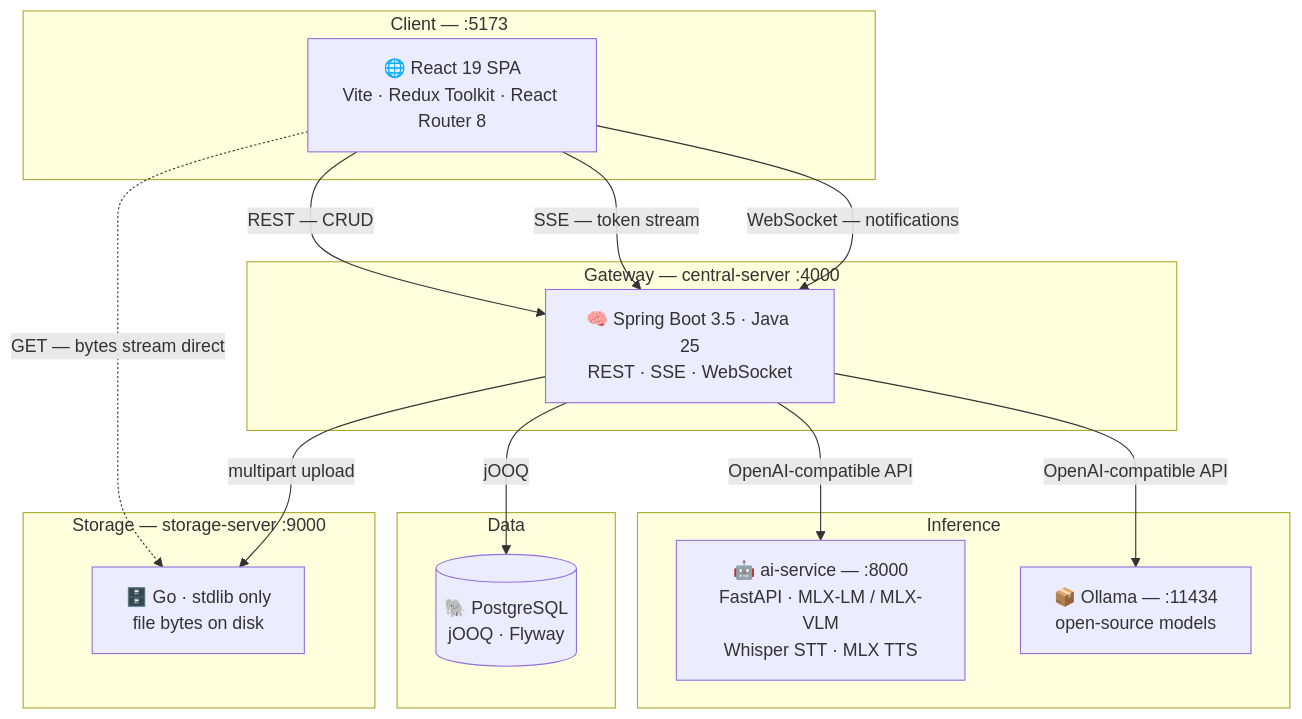
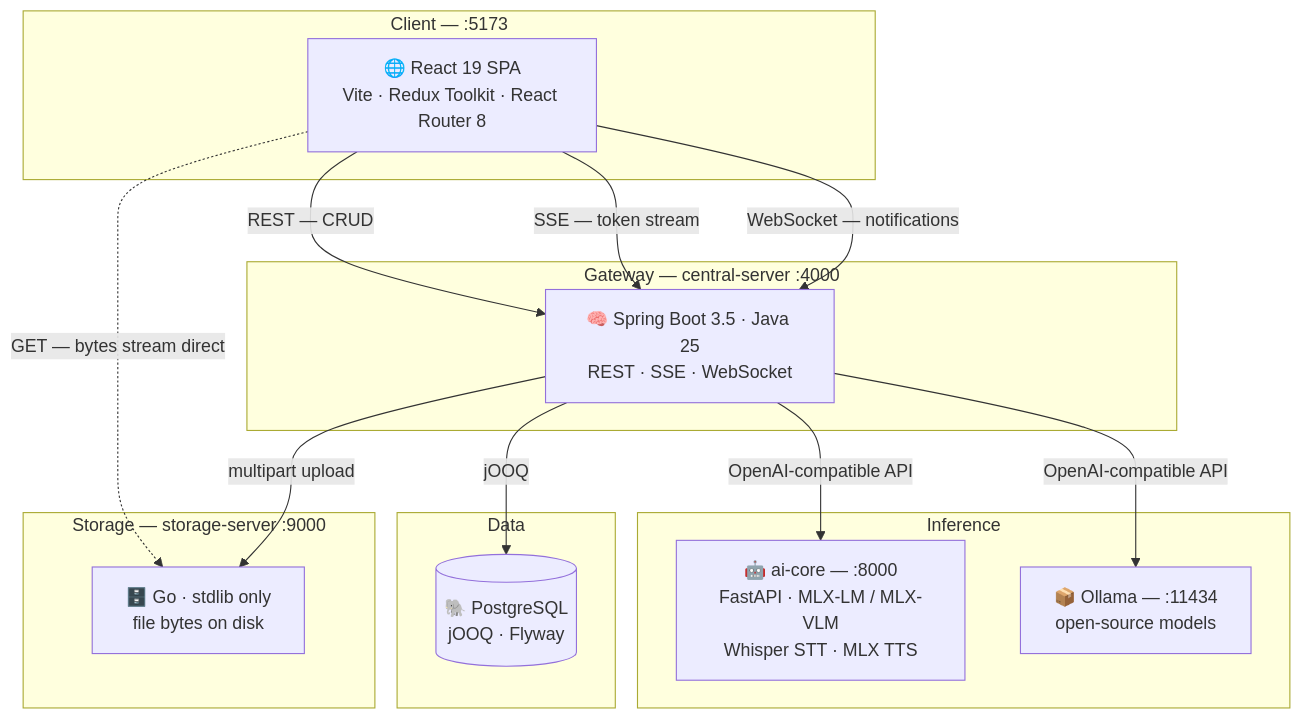
The first of 2 diagrams in README.md (NVJ9SINGHNAVJOT/pro-professor), drawn with Mermaid before and after one commit. The commit also changed other lines of this file and 37 other files, not shown here.

First line of the commit message:
refactor: rename AI service to AI core across the backend

````diff
--- a/README.md
+++ b/README.md
@@ -132,33 +132,33 @@
 ```mermaid
 flowchart TB
     subgraph ClientTier["Client — :5173"]
         Browser["🌐 React 19 SPA<br/>Vite · Redux Toolkit · React Router 8"]
     end
 
     subgraph GatewayTier["Gateway — central-server :4000"]
         Central["🧠 Spring Boot 3.5 · Java 25<br/>REST · SSE · WebSocket"]
     end
 
     subgraph InferenceTier["Inference"]
-        AI["🤖 ai-service — :8000<br/>FastAPI · MLX-LM / MLX-VLM<br/>Whisper STT · MLX TTS"]
+        AI["🤖 ai-core — :8000<br/>FastAPI · MLX-LM / MLX-VLM<br/>Whisper STT · MLX TTS"]
         Ollama["📦 Ollama — :11434<br/>open-source models"]
     end
 
     subgraph DataTier["Data"]
         DB[("🐘 PostgreSQL<br/>jOOQ · Flyway")]
     end
 
     subgraph StorageTier["Storage — storage-server :9000"]
         StorageSrv["🗄️ Go · stdlib only<br/>file bytes on disk"]
     end
 
     Browser -->|"REST — CRUD"| Central
     Browser -->|"SSE — token stream"| Central
     Browser -->|"WebSocket — notifications"| Central
     Browser -.->|"GET — bytes stream direct"| StorageSrv
 
     Central -->|"jOOQ"| DB
     Central -->|"OpenAI-compatible API"| AI
     Central -->|"OpenAI-compatible API"| Ollama
     Central -->|"multipart upload"| StorageSrv
 ```
````
